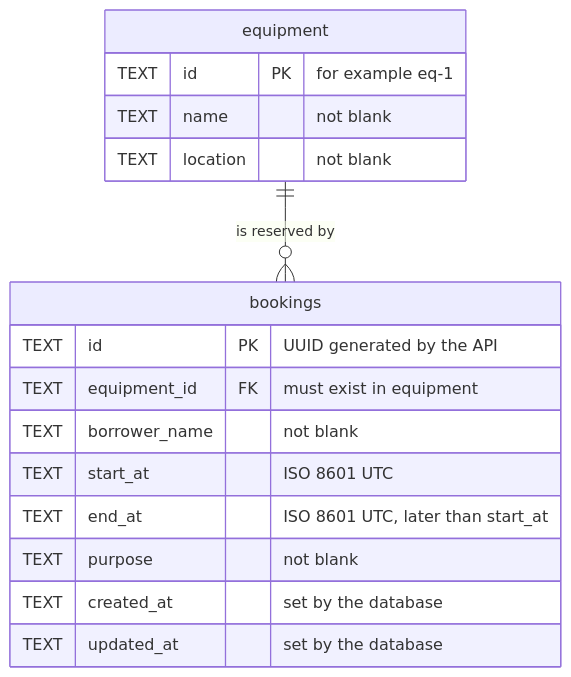
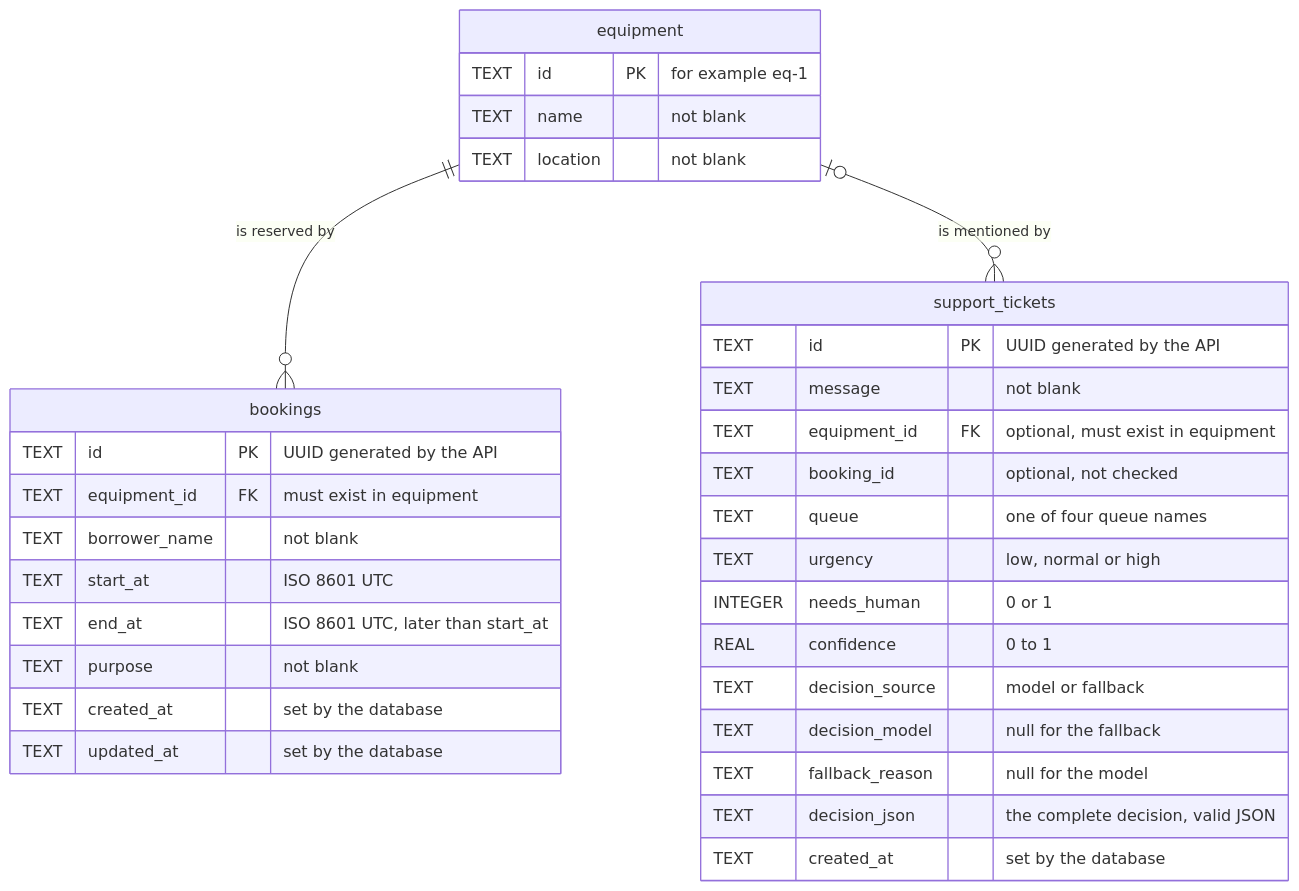
The diagram in SCHEMA.md (EaindrayMFU26/Platform-Dev-Lab-6731503052), drawn with Mermaid before and after one commit. The commit also changed other lines of this file and 25 other files, not shown here.

````diff
--- a/SCHEMA.md
+++ b/SCHEMA.md
@@ -9,21 +10,38 @@
 ```mermaid
 erDiagram
     equipment ||--o{ bookings : "is reserved by"
+    equipment |o--o{ support_tickets : "is mentioned by"
+
+    support_tickets {
+        TEXT id PK "UUID generated by the API"
+        TEXT message "not blank"
+        TEXT equipment_id FK "optional, must exist in equipment"
+        TEXT booking_id "optional, not checked"
+        TEXT queue "one of four queue names"
+        TEXT urgency "low, normal or high"
+        INTEGER needs_human "0 or 1"
+        REAL confidence "0 to 1"
+        TEXT decision_source "model or fallback"
+        TEXT decision_model "null for the fallback"
+        TEXT fallback_reason "null for the model"
+        TEXT decision_json "the complete decision, valid JSON"
+        TEXT created_at "set by the database"
+    }
 
     equipment {
         TEXT id PK "for example eq-1"
         TEXT name "not blank"
         TEXT location "not blank"
     }
 
     bookings {
         TEXT id PK "UUID generated by the API"
         TEXT equipment_id FK "must exist in equipment"
         TEXT borrower_name "not blank"
         TEXT start_at "ISO 8601 UTC"
         TEXT end_at "ISO 8601 UTC, later than start_at"
         TEXT purpose "not blank"
         TEXT created_at "set by the database"
         TEXT updated_at "set by the database"
     }
 ```
````
